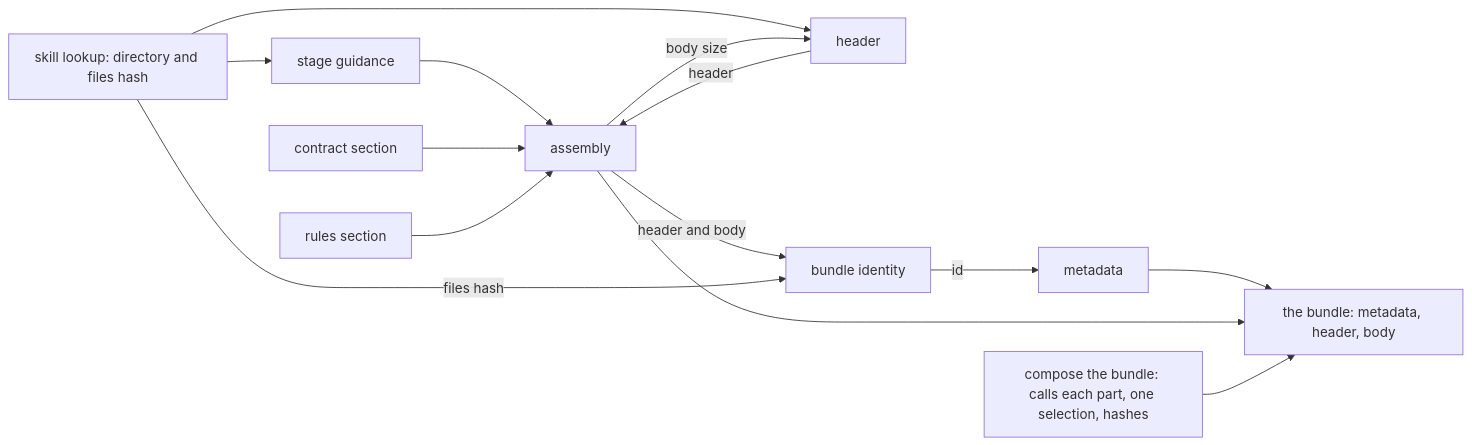
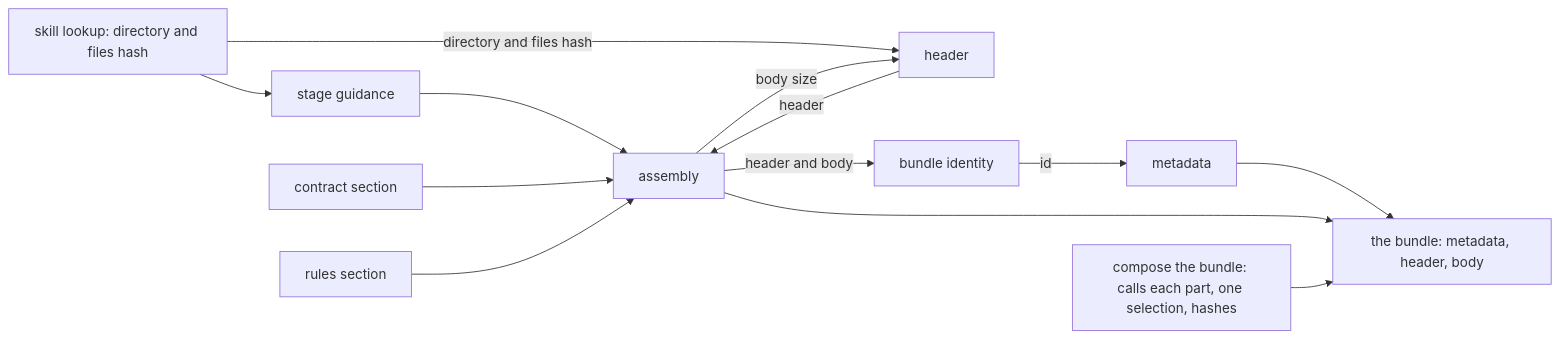
Before and after one commit to msitarz/wio: the diagram in .agents/wio/works/wio-context/bundle-composition/README.md, drawn with Mermaid. The commit also changed other lines of this file and 17 other files, not shown here.

````diff
--- a/.agents/wio/works/wio-context/bundle-composition/README.md
+++ b/.agents/wio/works/wio-context/bundle-composition/README.md
@@ -89,16 +90,15 @@
 ```mermaid
 flowchart LR
     skill["skill lookup: directory and files hash"] --> guide["stage guidance"]
-    skill --> head["header"]
+    skill -->|"directory and files hash"| head["header"]
     guide --> asm["assembly"]
     contract["contract section"] --> asm
     rules["rules section"] --> asm
     asm -->|"body size"| head
     head -->|"header"| asm
     asm -->|"header and body"| ident["bundle identity"]
-    skill -->|"files hash"| ident
     ident -->|"id"| meta["metadata"]
     meta --> bundle["the bundle: metadata, header, body"]
-        asm --> bundle
+    asm --> bundle
     compose["compose the bundle: calls each part, one selection, hashes"] --> bundle
 ```
````
